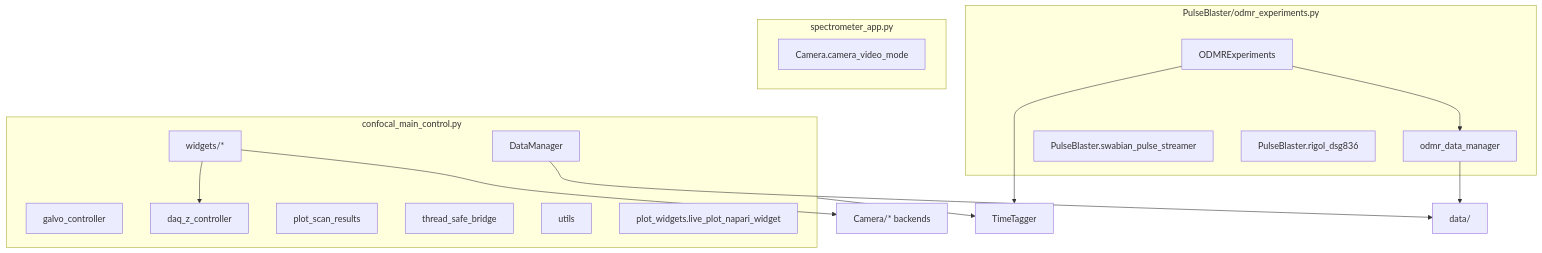
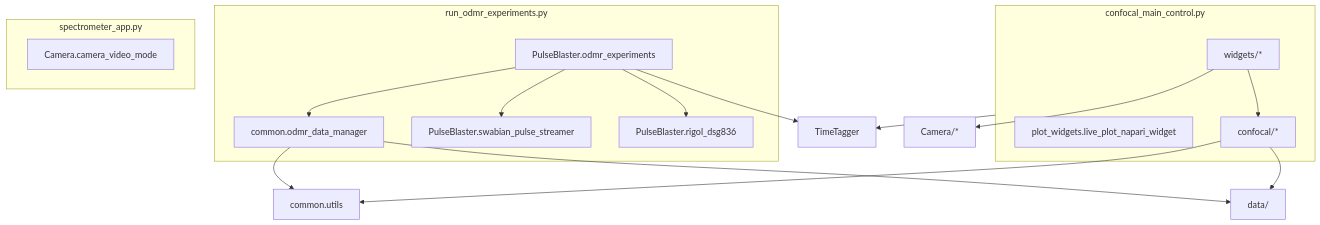
Before and after one commit to NoeSilva13/Single_NV_Scanning_Microscopy: the diagram in README.md, drawn with Mermaid. The commit also changed other lines of this file and 23 other files, not shown here.

First line of the commit message:
Reorganize repo into confocal/, common/, and root entry points

````diff
--- a/README.md
+++ b/README.md
@@ -249,32 +233,34 @@
 ```mermaid
 flowchart TD
     subgraph confocalApp [confocal_main_control.py]
-        DataManager
-        GalvoController[galvo_controller]
-        DAQZController[daq_z_controller]
-        PlotScanResults[plot_scan_results]
-        ThreadSafeBridge[thread_safe_bridge]
-        Utils[utils]
         Widgets["widgets/*"]
         LivePlot["plot_widgets.live_plot_napari_widget"]
+        ConfocalPkg["confocal/*"]
     end
 
-    subgraph odmrApp [PulseBlaster/odmr_experiments.py]
-        ODMRDataManager[odmr_data_manager]
+    subgraph odmrApp [run_odmr_experiments.py]
+        Experiments["PulseBlaster.odmr_experiments"]
+        ODMRDataManager["common.odmr_data_manager"]
         PulseStreamer["PulseBlaster.swabian_pulse_streamer"]
         Rigol["PulseBlaster.rigol_dsg836"]
-        Experiments["ODMRExperiments"]
     end
 
     subgraph spectrometerApp [spectrometer_app.py]
         POACamera["Camera.camera_video_mode"]
     end
 
-    Widgets --> DAQZController
-    Widgets --> Camera["Camera/* backends"]
+    CommonUtils["common.utils"]
+    DataDir["data/"]
+
+    Widgets --> ConfocalPkg
+    ConfocalPkg --> CommonUtils
+    ConfocalPkg --> DataDir
     Experiments --> ODMRDataManager
+    ODMRDataManager --> CommonUtils
+    ODMRDataManager --> DataDir
+    Experiments --> PulseStreamer
+    Experiments --> Rigol
     Experiments --> TimeTagger
     confocalApp --> TimeTagger
-    DataManager --> DataDir["data/"]
-    ODMRDataManager --> DataDir
+    Widgets --> Camera["Camera/*"]
 ```
````
